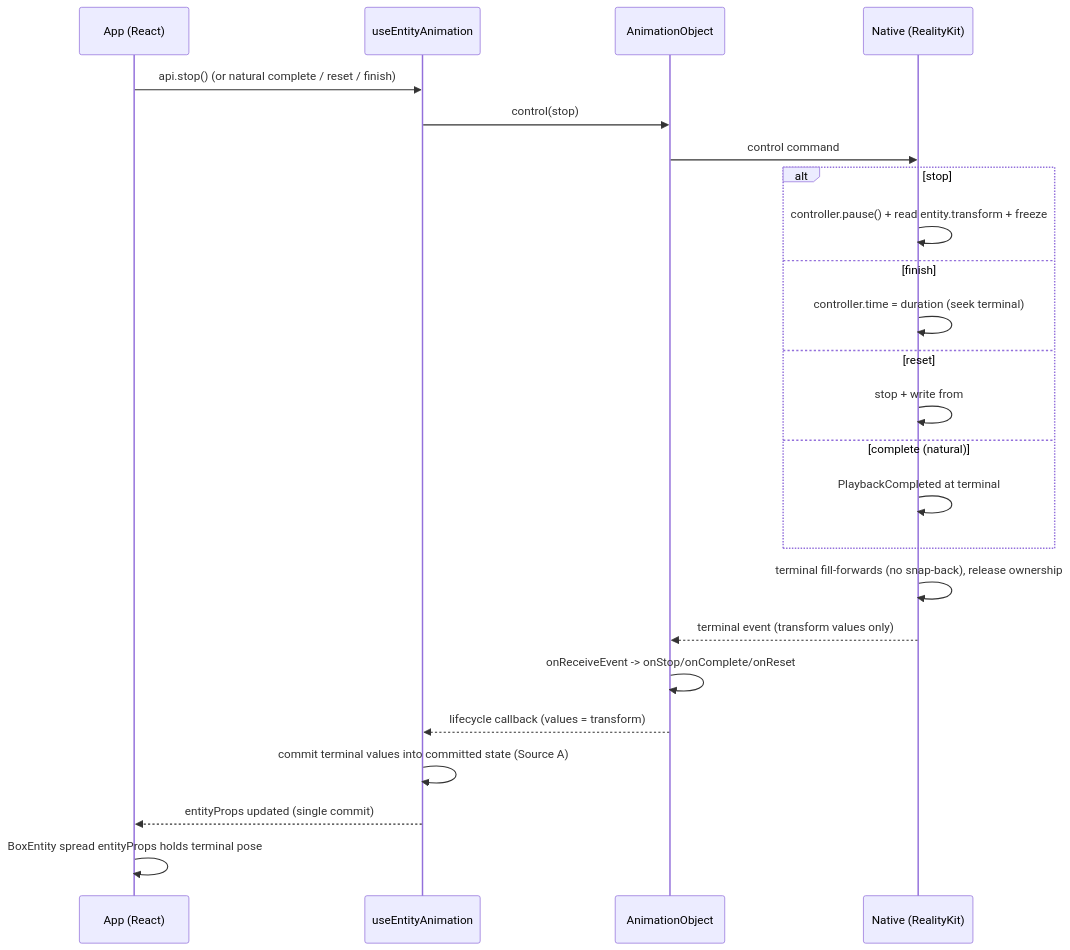
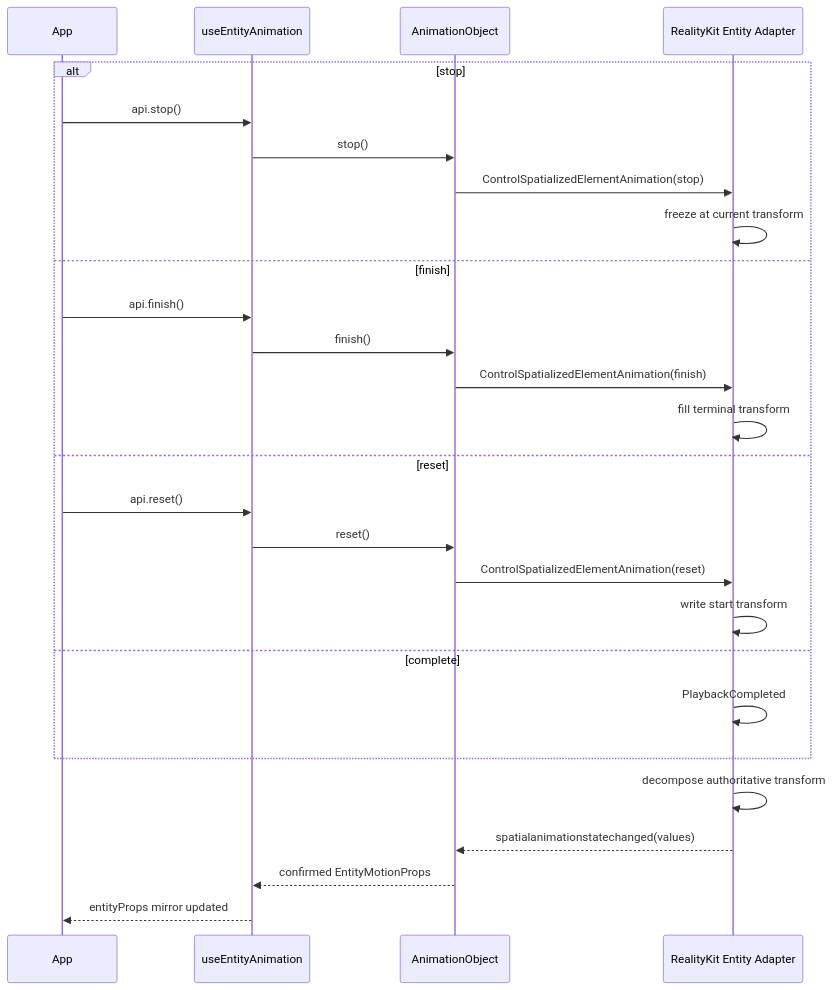
Before and after one commit to webspatial/webspatial-sdk: the third of 4 diagrams in openspec/changes/redesign-entity-motion-api/design.md, drawn with Mermaid. The commit also changed other lines of this file and 1 other file, not shown here.

````diff
--- a/openspec/changes/redesign-entity-motion-api/design.md
+++ b/openspec/changes/redesign-entity-motion-api/design.md
@@ -248,27 +403,30 @@
 ```mermaid
 sequenceDiagram
-    participant App as App (React)
+    participant App
     participant Hook as useEntityAnimation
-    participant Core as AnimationObject
-    participant Native as Native (RealityKit)
+    participant Obj as AnimationObject
+    participant Native as RealityKit Entity Adapter
 
-    App->>Hook: api.stop() (or natural complete / reset / finish)
-    Hook->>Core: control(stop)
-    Core->>Native: control command
     alt stop
-        Native->>Native: controller.pause() + read entity.transform + freeze
+        App->>Hook: api.stop()
+        Hook->>Obj: stop()
+        Obj->>Native: ControlSpatializedElementAnimation(stop)
+        Native->>Native: freeze at current transform
     else finish
-        Native->>Native: controller.time = duration (seek terminal)
+        App->>Hook: api.finish()
+        Hook->>Obj: finish()
+        Obj->>Native: ControlSpatializedElementAnimation(finish)
+        Native->>Native: fill terminal transform
     else reset
-        Native->>Native: stop + write from
-    else complete (natural)
-        Native->>Native: PlaybackCompleted at terminal
+        App->>Hook: api.reset()
+        Hook->>Obj: reset()
+        Obj->>Native: ControlSpatializedElementAnimation(reset)
+        Native->>Native: write start transform
+    else complete
+        Native->>Native: PlaybackCompleted
     end
-    Native->>Native: terminal fill-forwards (no snap-back), release ownership
-    Native-->>Core: terminal event (transform values only)
-    Core->>Core: onReceiveEvent -> onStop/onComplete/onReset
-    Core-->>Hook: lifecycle callback (values = transform)
-    Hook->>Hook: commit terminal values into committed state (Source A)
-    Hook-->>App: entityProps updated (single commit)
-    App->>App: BoxEntity spread entityProps holds terminal pose
+    Native->>Native: decompose authoritative transform
+    Native-->>Obj: spatialanimationstatechanged(values)
+    Obj-->>Hook: confirmed EntityMotionProps
+    Hook-->>App: entityProps mirror updated
 ```
````
